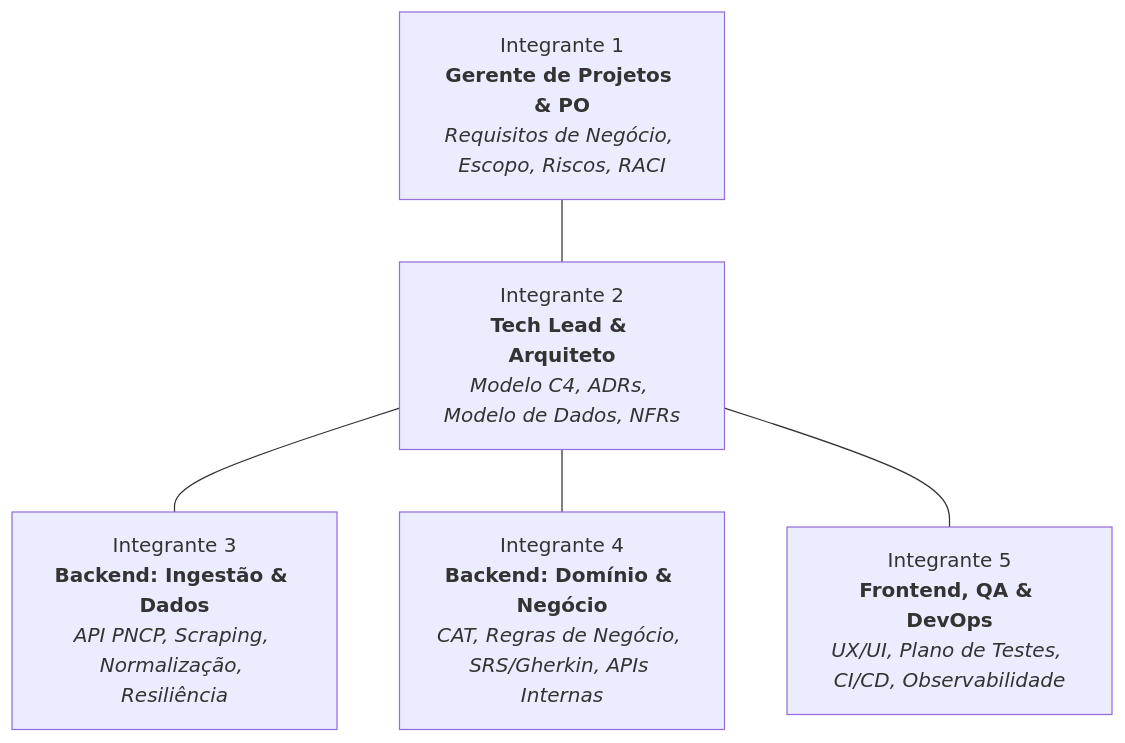
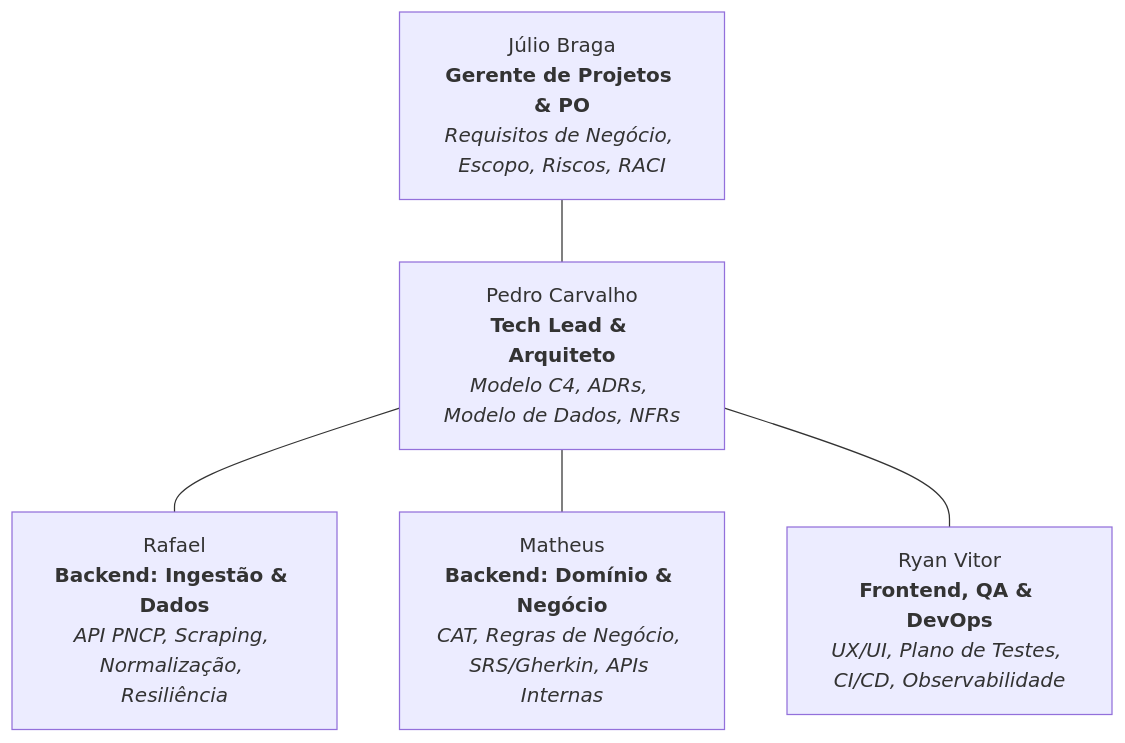
Before and after one commit to pedrocarvalhod3v/PROTOCOLO: the first of 3 diagrams in escopo_e_cronograma_documentacaov2.md, drawn with Mermaid.

Commit message:
integrantes alterados

````diff
--- a/escopo_e_cronograma_documentacaov2.md
+++ b/escopo_e_cronograma_documentacaov2.md
@@ -30,13 +30,13 @@
 ```mermaid
 graph TD
-    M1["Integrante 1<br/><b>Gerente de Projetos & PO</b><br/><i>Requisitos de Negócio, Escopo, Riscos, RACI</i>"]
-    M2["Integrante 2<br/><b>Tech Lead & Arquiteto</b><br/><i>Modelo C4, ADRs, Modelo de Dados, NFRs</i>"]
-    M3["Integrante 3<br/><b>Backend: Ingestão & Dados</b><br/><i>API PNCP, Scraping, Normalização, Resiliência</i>"]
-    M4["Integrante 4<br/><b>Backend: Domínio & Negócio</b><br/><i>CAT, Regras de Negócio, SRS/Gherkin, APIs Internas</i>"]
-    M5["Integrante 5<br/><b>Frontend, QA & DevOps</b><br/><i>UX/UI, Plano de Testes, CI/CD, Observabilidade</i>"]
+    M1["Júlio Braga<br/><b>Gerente de Projetos & PO</b><br/><i>Requisitos de Negócio, Escopo, Riscos, RACI</i>"]
+    M2["Pedro Carvalho<br/><b>Tech Lead & Arquiteto</b><br/><i>Modelo C4, ADRs, Modelo de Dados, NFRs</i>"]
+    M3["Rafael<br/><b>Backend: Ingestão & Dados</b><br/><i>API PNCP, Scraping, Normalização, Resiliência</i>"]
+    M4["Matheus<br/><b>Backend: Domínio & Negócio</b><br/><i>CAT, Regras de Negócio, SRS/Gherkin, APIs Internas</i>"]
+    M5["Ryan Vitor<br/><b>Frontend, QA & DevOps</b><br/><i>UX/UI, Plano de Testes, CI/CD, Observabilidade</i>"]
 
     M1 --- M2
     M2 --- M3
     M2 --- M4
     M2 --- M5
 ```
````
